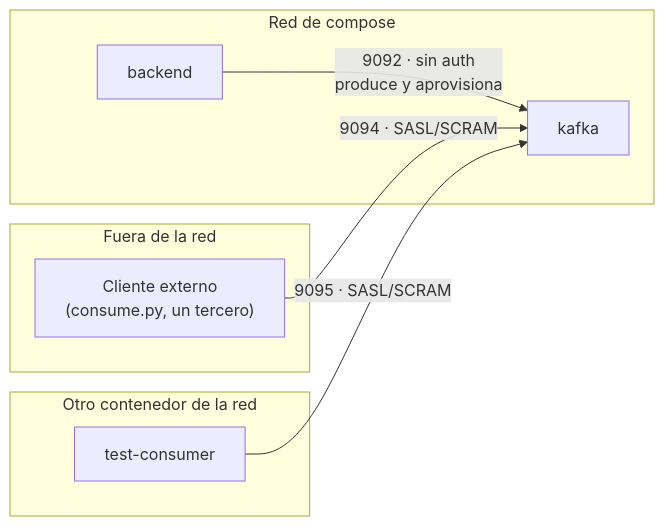
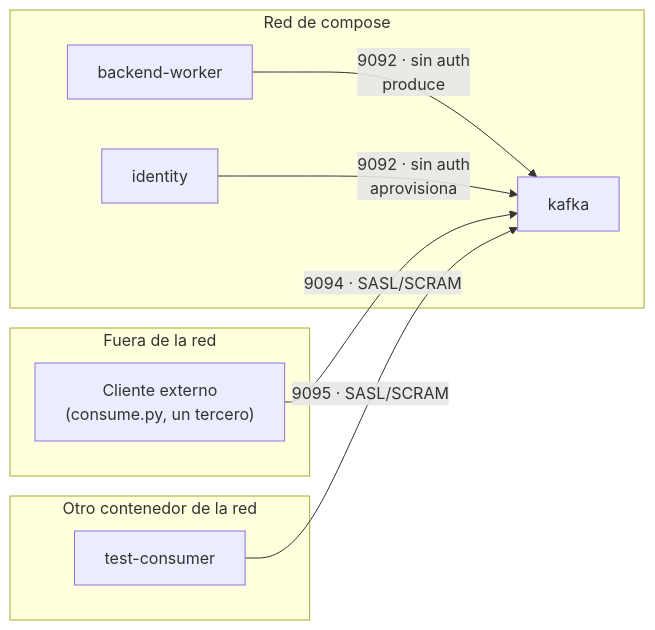
Before and after one commit to MDCIrony/leads-hexa: the first of 2 diagrams in docs/content/eventos/autenticacion.md, drawn with Mermaid. The commit also changed other lines of this file and 31 other files, not shown here.

````diff
--- a/docs/content/eventos/autenticacion.md
+++ b/docs/content/eventos/autenticacion.md
@@ -32,12 +33,13 @@
 ```mermaid
 flowchart LR
     subgraph interna["Red de compose"]
-        Backend["backend"] -->|"9092 · sin auth<br/>produce y aprovisiona"| Kafka["kafka"]
+        Backend["backend-worker"] -->|"9092 · sin auth<br/>produce"| Kafka["kafka"]
+        Identity["identity"] -->|"9092 · sin auth<br/>aprovisiona"| Kafka
     end
     subgraph externa["Fuera de la red"]
         Cliente["Cliente externo<br/>(consume.py, un tercero)"] -->|"9094 · SASL/SCRAM"| Kafka
     end
     subgraph interna2["Otro contenedor de la red"]
         Bandeja["test-consumer"] -->|"9095 · SASL/SCRAM"| Kafka
     end
 ```
````
